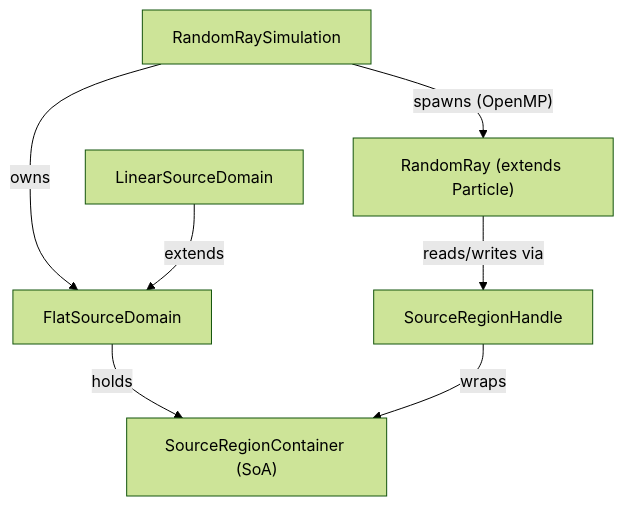
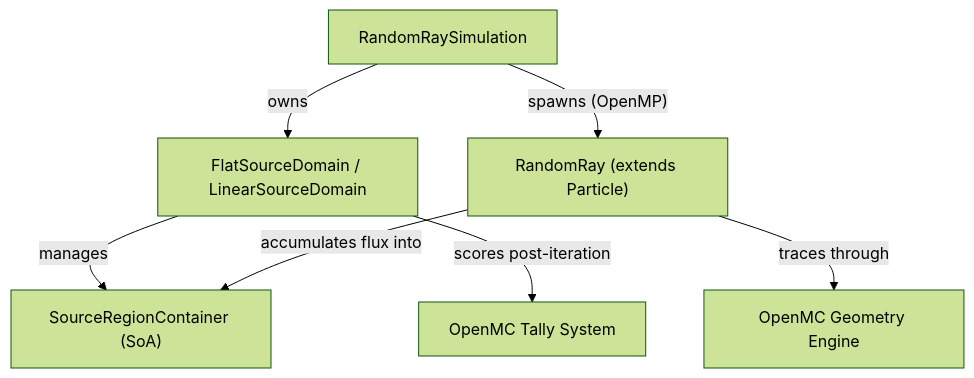
One commit to augment-solutions/deep-wikis changed the ninth of 11 diagrams in src/content/wikis/openmc-dev-openmc/index.mdx. Above: the diagram before and after it, drawn with Mermaid (forest theme). The commit also changed other lines of this file, not shown here.

````diff
--- a/src/content/wikis/openmc-dev-openmc/index.mdx
+++ b/src/content/wikis/openmc-dev-openmc/index.mdx
@@ -1137,16 +966,16 @@
 ```mermaid
 flowchart TD
     sim["RandomRaySimulation"]
-    domain["FlatSourceDomain"]
-    lindomain["LinearSourceDomain"]
+    domain["FlatSourceDomain / LinearSourceDomain"]
+    src_regions["SourceRegionContainer (SoA)"]
     ray["RandomRay (extends Particle)"]
-    src["SourceRegionContainer (SoA)"]
-    srh["SourceRegionHandle"]
+    geom["OpenMC Geometry Engine"]
+    tally["OpenMC Tally System"]
 
     sim -->|"owns"| domain
-    lindomain -->|"extends"| domain
-    domain -->|"holds"| src
-    ray -->|"reads/writes via"| srh
-    srh -->|"wraps"| src
+    domain -->|"manages"| src_regions
     sim -->|"spawns (OpenMP)"| ray
+    ray -->|"traces through"| geom
+    ray -->|"accumulates flux into"| src_regions
+    domain -->|"scores post-iteration"| tally
 ```
````
